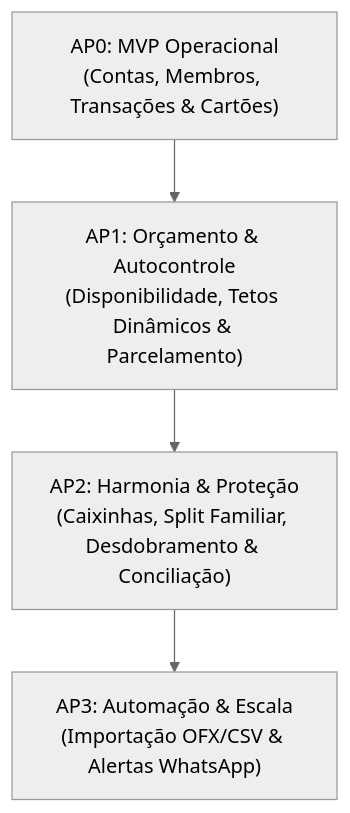
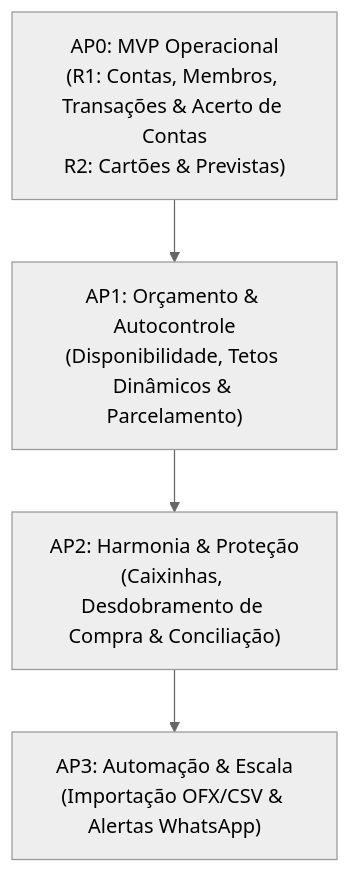
Before and after one commit to arlandantas/finance-manager: the diagram in agents/stakeholder/cronograma-e-releases.md, drawn with Mermaid (neutral theme). The commit also changed other lines of this file, not shown here.

First line of the commit message:
docs(stakeholder): mover NEED-007 (split) para o AP0 e refletir fatiamento R1/R2

````diff
--- a/agents/stakeholder/cronograma-e-releases.md
+++ b/agents/stakeholder/cronograma-e-releases.md
@@ -14,11 +14,11 @@
 ```mermaid
 graph TD
-    AP0["AP0: MVP Operacional<br/>(Contas, Membros, Transações & Cartões)"]
+    AP0["AP0: MVP Operacional<br/>(R1: Contas, Membros, Transações & Acerto de Contas<br/>R2: Cartões & Previstas)"]
     AP1["AP1: Orçamento & Autocontrole<br/>(Disponibilidade, Tetos Dinâmicos & Parcelamento)"]
-    AP2["AP2: Harmonia & Proteção<br/>(Caixinhas, Split Familiar, Desdobramento & Conciliação)"]
+    AP2["AP2: Harmonia & Proteção<br/>(Caixinhas, Desdobramento de Compra & Conciliação)"]
     AP3["AP3: Automação & Escala<br/>(Importação OFX/CSV & Alertas WhatsApp)"]
 
     AP0 --> AP1
     AP1 --> AP2
     AP2 --> AP3
 ```
````
